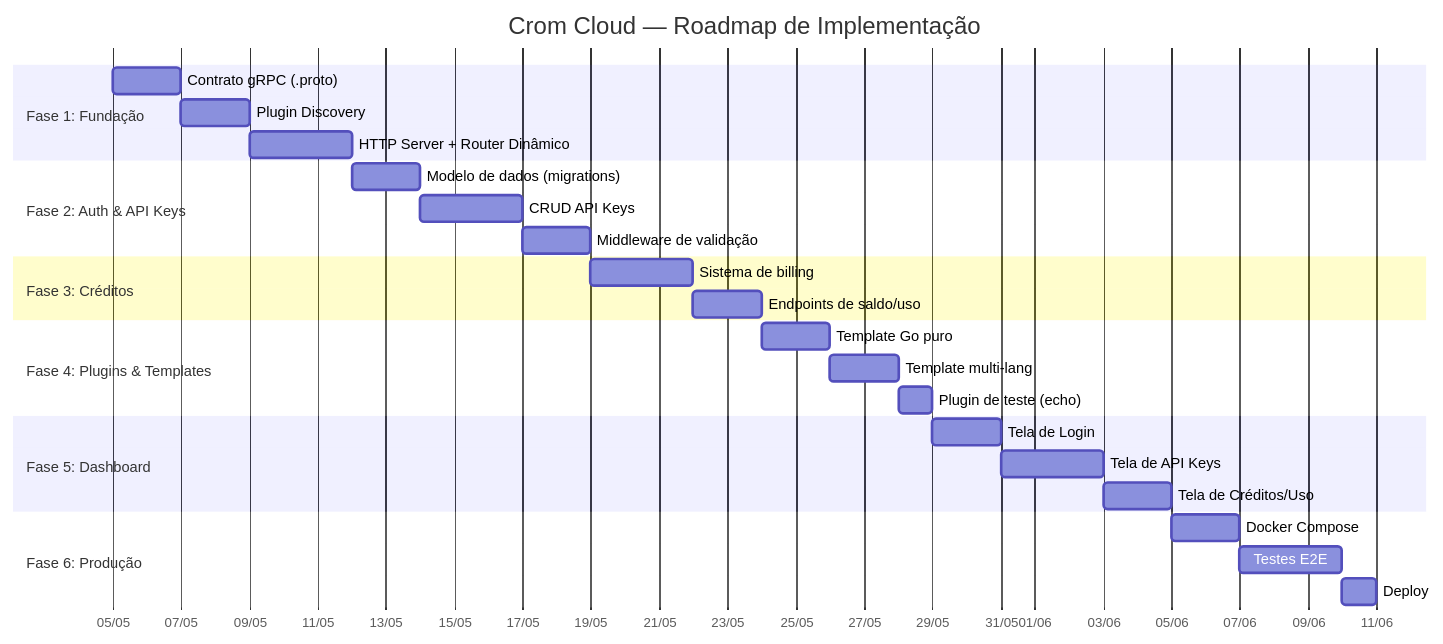
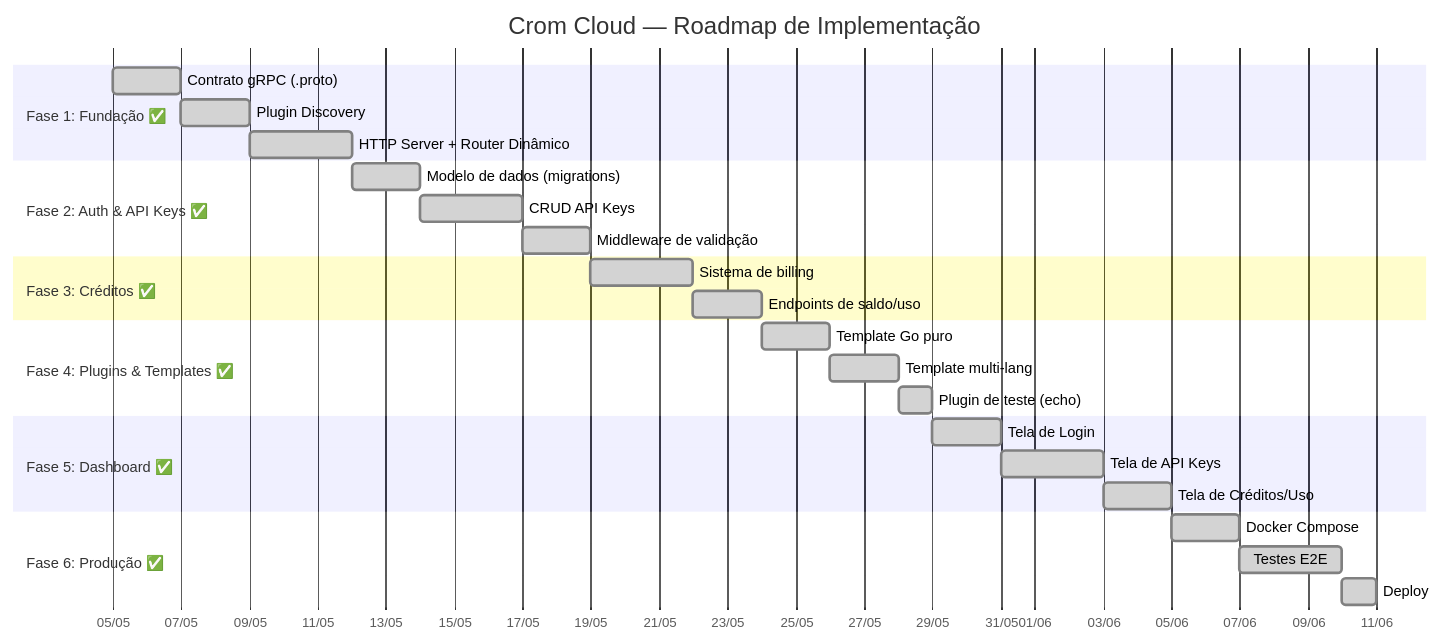
Before and after one commit to MrJc01/crom-cloud: the diagram in docs/08-roadmap.md, drawn with Mermaid. The commit also changed other lines of this file and 18 other files, not shown here.

Commit message:
feat: add security middleware and E2E curl testing, implement alias support for API fields, and refine documentation.

````diff
--- a/docs/08-roadmap.md
+++ b/docs/08-roadmap.md
@@ -10,35 +10,35 @@
 ```mermaid
 gantt
     title Crom Cloud — Roadmap de Implementação
     dateFormat YYYY-MM-DD
     axisFormat %d/%m
 
-    section Fase 1: Fundação
-    Contrato gRPC (.proto)           :f1a, 2026-05-05, 2d
-    Plugin Discovery                 :f1b, after f1a, 2d
-    HTTP Server + Router Dinâmico    :f1c, after f1b, 3d
+    section Fase 1: Fundação ✅
+    Contrato gRPC (.proto)           :done, f1a, 2026-05-05, 2d
+    Plugin Discovery                 :done, f1b, after f1a, 2d
+    HTTP Server + Router Dinâmico    :done, f1c, after f1b, 3d
 
-    section Fase 2: Auth & API Keys
-    Modelo de dados (migrations)     :f2a, after f1c, 2d
-    CRUD API Keys                    :f2b, after f2a, 3d
-    Middleware de validação           :f2c, after f2b, 2d
+    section Fase 2: Auth & API Keys ✅
+    Modelo de dados (migrations)     :done, f2a, after f1c, 2d
+    CRUD API Keys                    :done, f2b, after f2a, 3d
+    Middleware de validação           :done, f2c, after f2b, 2d
 
-    section Fase 3: Créditos
-    Sistema de billing               :f3a, after f2c, 3d
-    Endpoints de saldo/uso           :f3b, after f3a, 2d
+    section Fase 3: Créditos ✅
+    Sistema de billing               :done, f3a, after f2c, 3d
+    Endpoints de saldo/uso           :done, f3b, after f3a, 2d
 
-    section Fase 4: Plugins & Templates
-    Template Go puro                 :f4a, after f3b, 2d
-    Template multi-lang              :f4b, after f4a, 2d
-    Plugin de teste (echo)           :f4c, after f4b, 1d
+    section Fase 4: Plugins & Templates ✅
+    Template Go puro                 :done, f4a, after f3b, 2d
+    Template multi-lang              :done, f4b, after f4a, 2d
+    Plugin de teste (echo)           :done, f4c, after f4b, 1d
 
-    section Fase 5: Dashboard
-    Tela de Login                    :f5a, after f4c, 2d
-    Tela de API Keys                 :f5b, after f5a, 3d
-    Tela de Créditos/Uso             :f5c, after f5b, 2d
+    section Fase 5: Dashboard ✅
+    Tela de Login                    :done, f5a, after f4c, 2d
+    Tela de API Keys                 :done, f5b, after f5a, 3d
+    Tela de Créditos/Uso             :done, f5c, after f5b, 2d
 
-    section Fase 6: Produção
-    Docker Compose                   :f6a, after f5c, 2d
-    Testes E2E                       :f6b, after f6a, 3d
-    Deploy                           :f6c, after f6b, 1d
+    section Fase 6: Produção ✅
+    Docker Compose                   :done, f6a, after f5c, 2d
+    Testes E2E                       :done, f6b, after f6a, 3d
+    Deploy                           :done, f6c, after f6b, 1d
 ```
````
